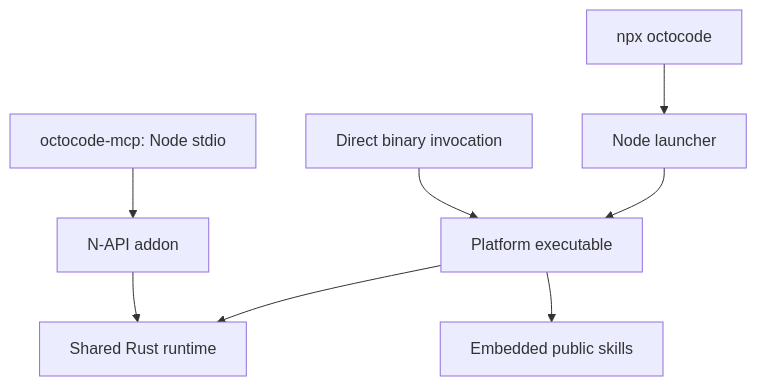
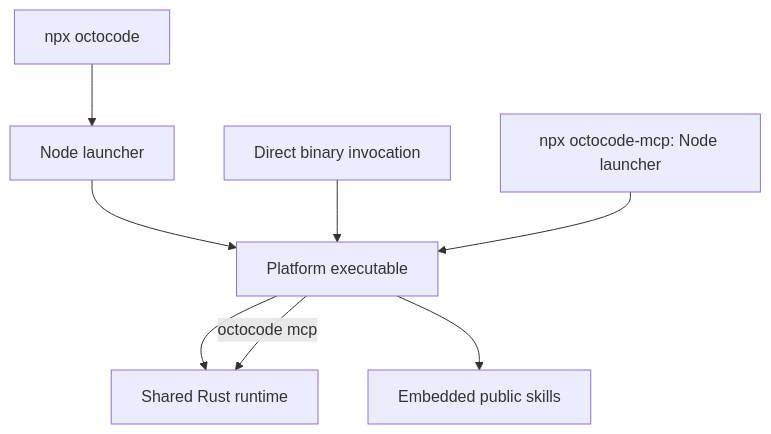
The diagram in docs/OCTOCODE_CLI.md (bgauryy/octocode), drawn with Mermaid before and after one commit. The commit also changed other lines of this file and 678 other files, not shown here.

````diff
--- a/docs/OCTOCODE_CLI.md
+++ b/docs/OCTOCODE_CLI.md
@@ -10,10 +10,10 @@
 ```mermaid
 flowchart TD
   N["npx octocode"] --> L[Node launcher]
   L --> B[Platform executable]
   D[Direct binary invocation] --> B
   B --> R[Shared Rust runtime]
-  M["octocode-mcp: Node stdio"] --> A[N-API addon]
-  A --> R
+  M["npx octocode-mcp: Node launcher"] --> B
+  B -- "octocode mcp" --> R
   B --> S[Embedded public skills]
 ```
````
